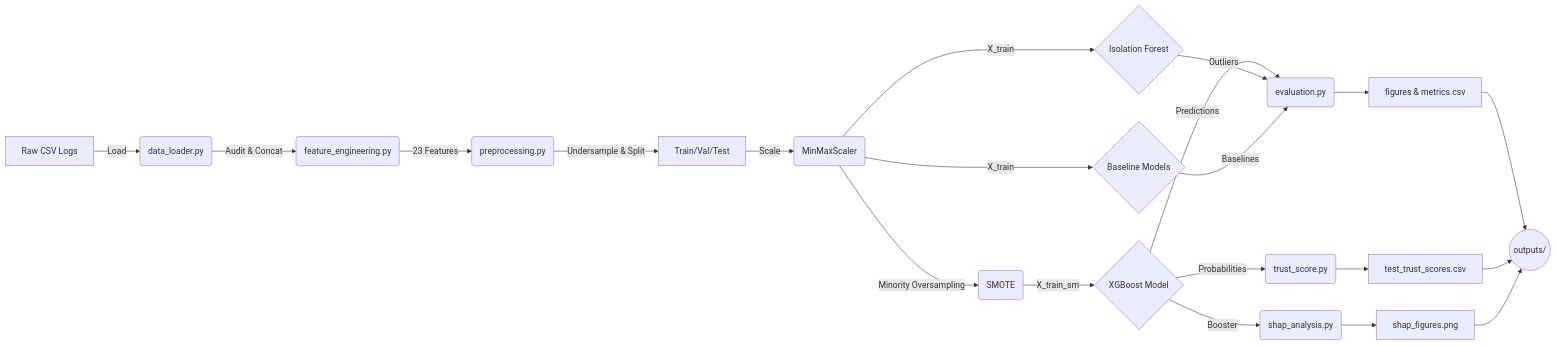
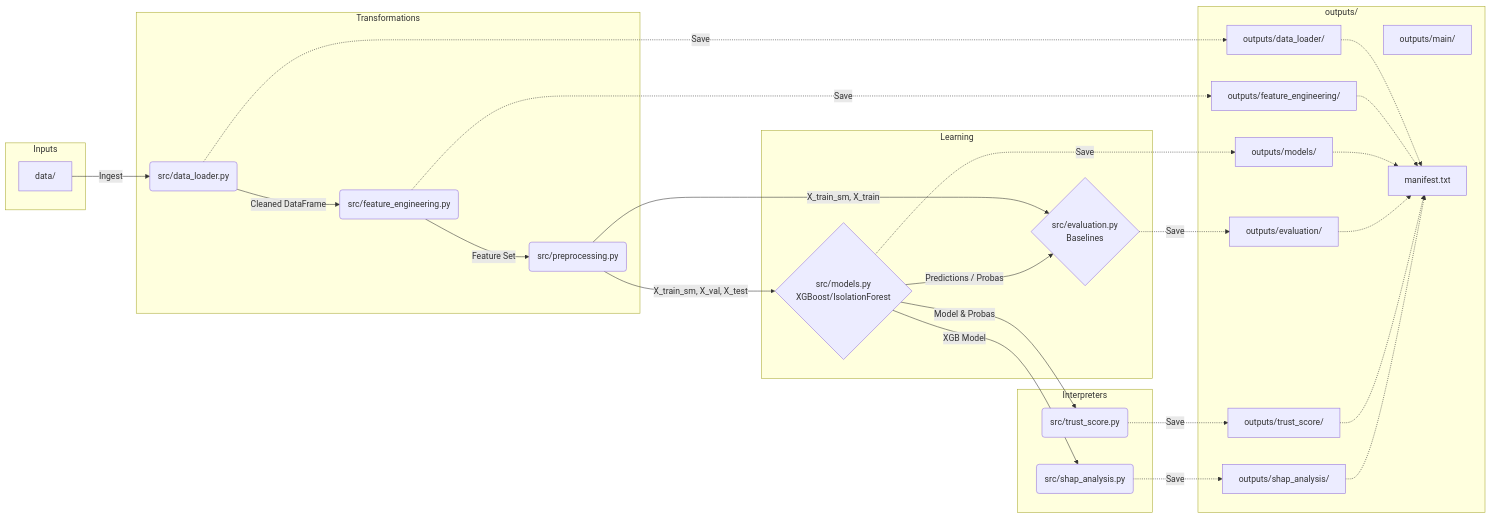
Before and after one commit to NCMFN/ClaudeCode: the diagram in architecture.md, drawn with Mermaid. The commit also changed other lines of this file, not shown here.

Commit message:
Final commit adding system architecture document

````diff
--- a/architecture.md
+++ b/architecture.md
@@ -83,31 +83,59 @@
 ```mermaid
 graph LR
     classDef plain fill:transparent,stroke:none,color:#000
 
-    A[Raw CSV Logs] -->|Load| B(data_loader.py)
-    B -->|Audit & Concat| C(feature_engineering.py)
-    C -->|23 Features| D(preprocessing.py)
+    subgraph Inputs
+    A[data/]
+    end
 
-    D -->|Undersample & Split| E[Train/Val/Test]
-    E -->|Scale| F(MinMaxScaler)
-    F -->|Minority Oversampling| G(SMOTE)
+    subgraph Transformations
+    B(src/data_loader.py)
+    C(src/feature_engineering.py)
+    D(src/preprocessing.py)
+    end
 
-    G -->|X_train_sm| H{XGBoost Model}
-    F -->|X_train| I{Isolation Forest}
-    F -->|X_train| J{Baseline Models}
+    subgraph Learning
+    E{src/models.py<br>XGBoost/IsolationForest}
+    F{src/evaluation.py<br>Baselines}
+    end
 
-    H -->|Predictions| K(evaluation.py)
-    I -->|Outliers| K
-    J -->|Baselines| K
+    subgraph Interpreters
+    G(src/trust_score.py)
+    H(src/shap_analysis.py)
+    end
 
-    H -->|Probabilities| L(trust_score.py)
-    H -->|Booster| M(shap_analysis.py)
+    subgraph Sink [outputs/]
+    O_DL[outputs/data_loader/]
+    O_FE[outputs/feature_engineering/]
+    O_MOD[outputs/models/]
+    O_EVAL[outputs/evaluation/]
+    O_TS[outputs/trust_score/]
+    O_SHAP[outputs/shap_analysis/]
+    O_MAIN[outputs/main/]
+    O_MAN[manifest.txt]
+    end
 
-    K --> N[figures & metrics.csv]
-    L --> O[test_trust_scores.csv]
-    M --> P[shap_figures.png]
+    A -->|Ingest| B
+    B -->|Cleaned DataFrame| C
+    C -->|Feature Set| D
+    D -->|X_train_sm, X_val, X_test| E
+    D -->|X_train_sm, X_train| F
 
-    N --> Q((outputs/))
-    O --> Q
-    P --> Q
+    E -->|Predictions / Probas| F
+    E -->|Model & Probas| G
+    E -->|XGB Model| H
+
+    B -.->|Save| O_DL
+    C -.->|Save| O_FE
+    E -.->|Save| O_MOD
+    F -.->|Save| O_EVAL
+    G -.->|Save| O_TS
+    H -.->|Save| O_SHAP
+
+    O_DL -.-> O_MAN
+    O_FE -.-> O_MAN
+    O_MOD -.-> O_MAN
+    O_EVAL -.-> O_MAN
+    O_TS -.-> O_MAN
+    O_SHAP -.-> O_MAN
 ```
````
